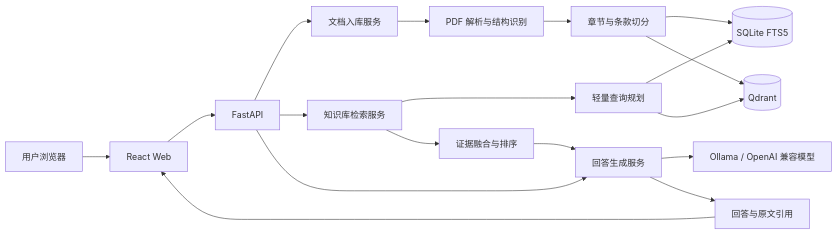
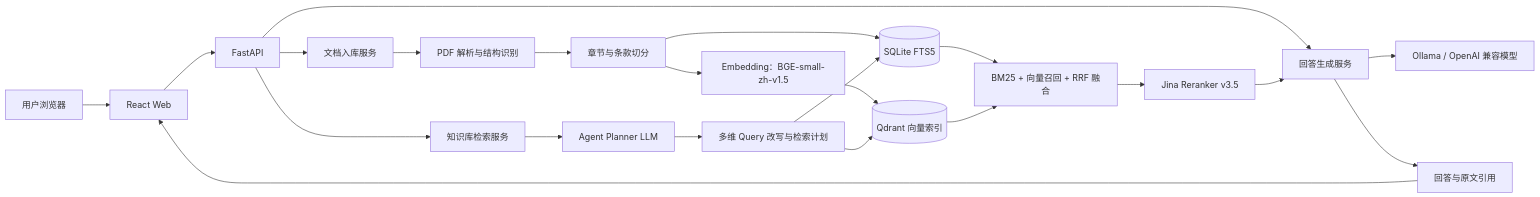
Before and after one commit to lmqxk/RAG_WIKI: the diagram in README.md, drawn with Mermaid. The commit also changed other lines of this file and 3 other files, not shown here.

Commit message:
docs: update rag architecture and centralize prompts

````diff
--- a/README.md
+++ b/README.md
@@ -37,22 +39,26 @@
 ```mermaid
 flowchart LR
     U[用户浏览器] --> W[React Web]
     W --> A[FastAPI]
     A --> I[文档入库服务]
     A --> R[知识库检索服务]
     A --> G[回答生成服务]
 
     I --> P[PDF 解析与结构识别]
     P --> C[章节与条款切分]
     C --> S[(SQLite FTS5)]
-    C --> Q[(Qdrant)]
+    C --> V[Embedding：BGE-small-zh-v1.5]
+    V --> Q[(Qdrant 向量索引)]
 
-    R --> P2[轻量查询规划]
-    P2 --> S
-    P2 --> Q
-    R --> E[证据融合与排序]
-    E --> G
+    R --> P2[Agent Planner LLM]
+    P2 --> P3[多维 Query 改写与检索计划]
+    P3 --> S
+    P3 --> Q
+    S --> E[BM25 + 向量召回 + RRF 融合]
+    Q --> E
+    E --> RR[Jina Reranker v3.5]
+    RR --> G
     G --> O[Ollama / OpenAI 兼容模型]
     G --> X[回答与原文引用]
     X --> W
 ```
````
